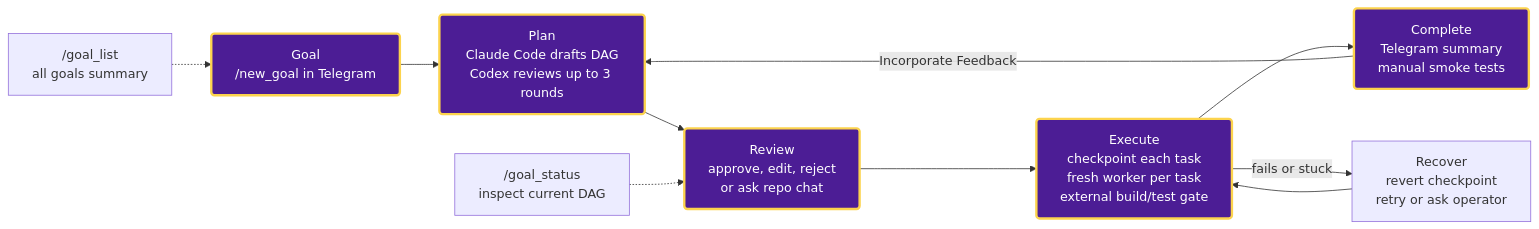
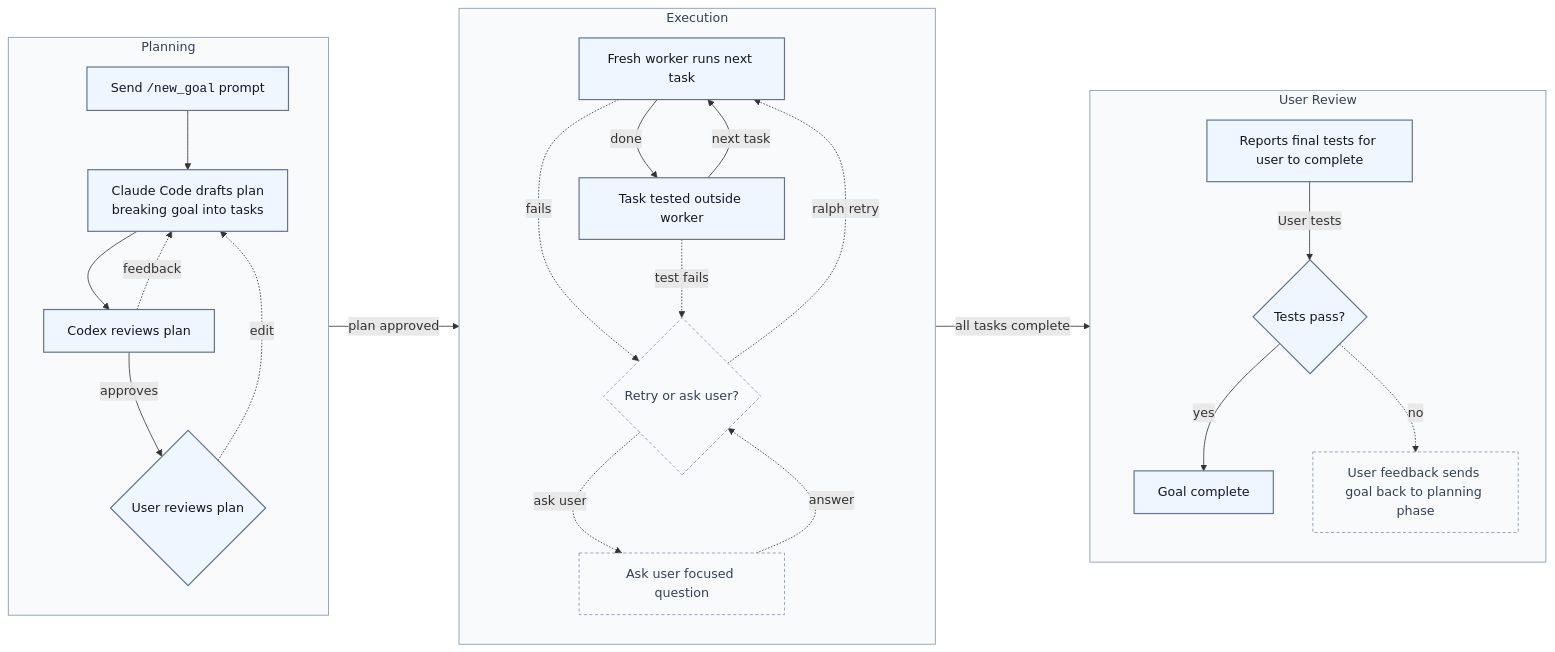
The diagram in README.md (smithersbot/smithersbot), drawn with Mermaid before and after one commit. The commit also changed other lines of this file, not shown here.

Commit message:
claw: replace-mermaid-with-operator-three-subgraph-flowchart - Updated README.md only: replaced the existing Mermaid source inside the

````diff
--- a/README.md
+++ b/README.md
@@ -63,15 +63,57 @@
 ```mermaid
 flowchart LR
-  A["Goal<br/>/new_goal in Telegram"] --> B["Plan<br/>Claude Code drafts DAG<br/>Codex reviews up to 3 rounds"]
-  B --> C["Review<br/>approve, edit, reject<br/>or ask repo chat"]
-  C --> D["Execute<br/>checkpoint each task<br/>fresh worker per task<br/>external build/test gate"]
-  D --> E["Complete<br/>Telegram summary<br/>manual smoke tests"]
-  D -->|fails or stuck| F["Recover<br/>revert checkpoint<br/>retry or ask operator"]
-  F --> D
-  E -->|Incorporate Feedback| B
-  G["/goal_status<br/>inspect current DAG"] -.-> C
-  H["/goal_list<br/>all goals summary"] -.-> A
+  subgraph P["Planning"]
+    direction TB
+    A["Send <code>/new_goal</code> prompt"]
+    B["Claude Code drafts plan<br/>breaking goal into tasks"]
+    C["Codex reviews plan"]
+    D{"User reviews plan"}
 
-  classDef spine fill:#4C1D95,stroke:#FCD34D,stroke-width:3px,color:#FFF,rx:4,ry:4;
-  class A,B,C,D,E spine;
+    A --> B
+    B --> C
+    C -. "feedback" .-> B
+    C -->|"approves"| D
+    D -. "edit" .-> B
+  end
+
+  subgraph X["Execution"]
+    direction TB
+    E["Fresh worker runs next task"]
+    F["Task tested outside worker"]
+    R{"Retry or ask user?"}
+    Q["Ask user focused question"]
+
+    E -->|"done"| F
+    F -- "next task" --> E
+    E -. "fails" .-> R
+    F -. "test fails" .-> R
+    R -. "ralph retry" .-> E
+    R -. "ask user" .-> Q
+    Q -. "answer" .-> R
+  end
+
+  subgraph U["User Review"]
+    direction TB
+    H["Reports final tests for user to complete"]
+    T{"Tests pass?"}
+    I["Goal complete"]
+    J["User feedback sends goal back to planning phase"]
+
+    H -->|"User tests"| T
+    T -->|"yes"| I
+    T .->|"no"| J
+
+  end
+
+  P -->|"plan approved"| X
+  X -->|"all tasks complete"| U
+
+  classDef phase fill:#f8fafc,stroke:#94a3b8,stroke-width:1.2px,color:#334155;
+  classDef main fill:#eef6ff,stroke:#64748b,stroke-width:1.5px,color:#0f172a;
+  classDef decision fill:#f8fafc,stroke:#64748b,stroke-width:1.5px,color:#0f172a;
+  classDef aux fill:#f8fafc,stroke:#94a3b8,stroke-width:1.2px,color:#334155,stroke-dasharray:4 3;
+
+  class P,X,U phase;
+  class A,B,C,D,E,F,H,I,T main;
+  class Q,R,J aux;
 ```
````
